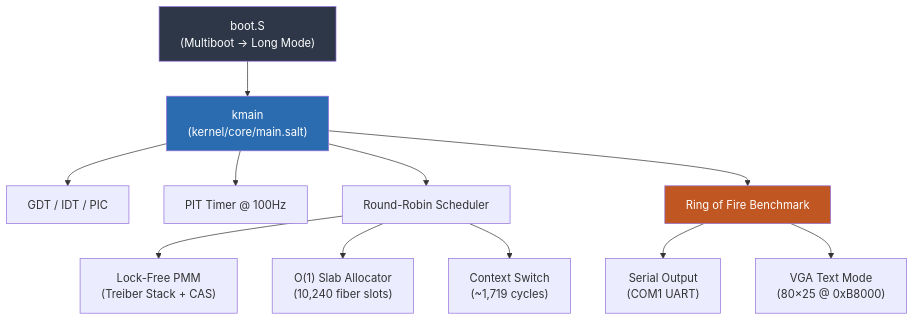
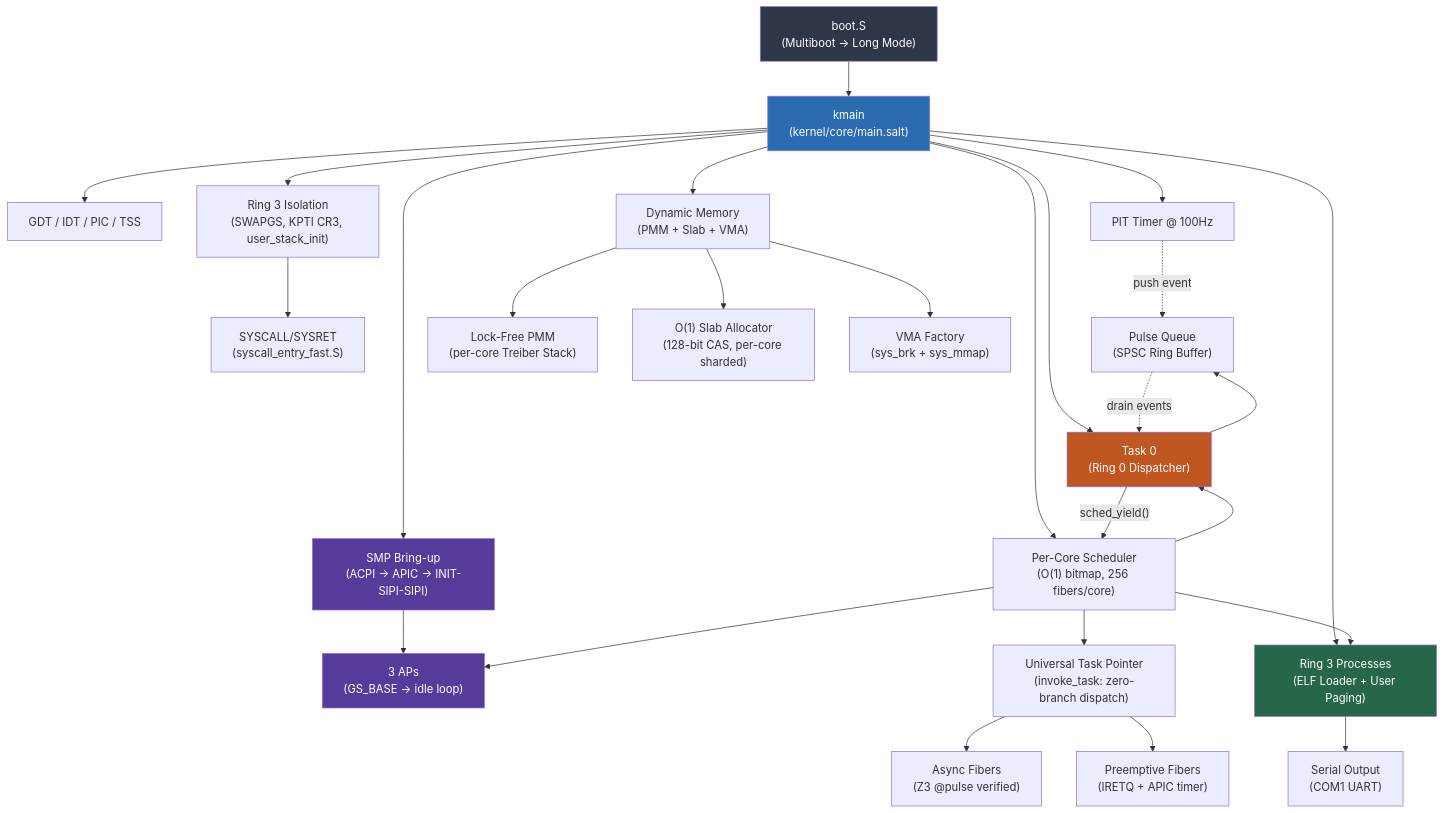
One commit to PropertySightlines/lattice-lettuce-fix changed the diagram in kernel/README.md. Above: the diagram before and after it, drawn with Mermaid. The commit also changed other lines of this file and 185 other files, not shown here.

````diff
--- a/kernel/README.md
+++ b/kernel/README.md
@@ -46,19 +81,40 @@
 ```mermaid
 graph TD
     A["boot.S<br/>(Multiboot → Long Mode)"] --> B["kmain<br/>(kernel/core/main.salt)"]
-    B --> C["GDT / IDT / PIC"]
+    B --> C["GDT / IDT / PIC / TSS"]
     B --> D["PIT Timer @ 100Hz"]
-    B --> E["Round-Robin Scheduler"]
-    B --> F["Ring of Fire Benchmark"]
+    B --> SMP["SMP Bring-up<br/>(ACPI → APIC → INIT-SIPI-SIPI)"]
+    SMP --> AP["3 APs<br/>(GS_BASE → idle loop)"]
+    B --> E["Per-Core Scheduler<br/>(O(1) bitmap, 256 fibers/core)"]
+    B --> MM["Dynamic Memory<br/>(PMM + Slab + VMA)"]
+    E --> UTP["Universal Task Pointer<br/>(invoke_task: zero-branch dispatch)"]
+    UTP --> ASYNC["Async Fibers<br/>(Z3 @pulse verified)"]
+    UTP --> PREEMPT["Preemptive Fibers<br/>(IRETQ + APIC timer)"]
+
+    B --> R3ISO["Ring 3 Isolation<br/>(SWAPGS, KPTI CR3, user_stack_init)"]
+    R3ISO --> SYSCALL["SYSCALL/SYSRET<br/>(syscall_entry_fast.S)"]
     
-    E --> G["Lock-Free PMM<br/>(Treiber Stack + CAS)"]
-    E --> H["O(1) Slab Allocator<br/>(10,240 fiber slots)"]
-    E --> I["Context Switch<br/>(~1,719 cycles)"]
+    B --> T0["Task 0<br/>(Ring 0 Dispatcher)"]
+    T0 --> PQ["Pulse Queue<br/>(SPSC Ring Buffer)"]
+    D -.->|"push event"| PQ
+    PQ -.->|"drain events"| T0
+    T0 -->|"sched_yield()"| E
     
-    F --> J["Serial Output<br/>(COM1 UART)"]
-    F --> K["VGA Text Mode<br/>(80×25 @ 0xB8000)"]
+    B --> R3["Ring 3 Processes<br/>(ELF Loader + User Paging)"]
+    E --> R3
+    E --> T0
+    E --> AP
+    
+    MM --> G["Lock-Free PMM<br/>(per-core Treiber Stack)"]
+    MM --> H["O(1) Slab Allocator<br/>(128-bit CAS, per-core sharded)"]
+    MM --> VMA["VMA Factory<br/>(sys_brk + sys_mmap)"]
+    
+    R3 --> J["Serial Output<br/>(COM1 UART)"]
     
     style A fill:#2d3748,color:#fff
     style B fill:#2b6cb0,color:#fff
-    style F fill:#c05621,color:#fff
+    style T0 fill:#c05621,color:#fff
+    style R3 fill:#276749,color:#fff
+    style SMP fill:#553c9a,color:#fff
+    style AP fill:#553c9a,color:#fff
 ```
````
